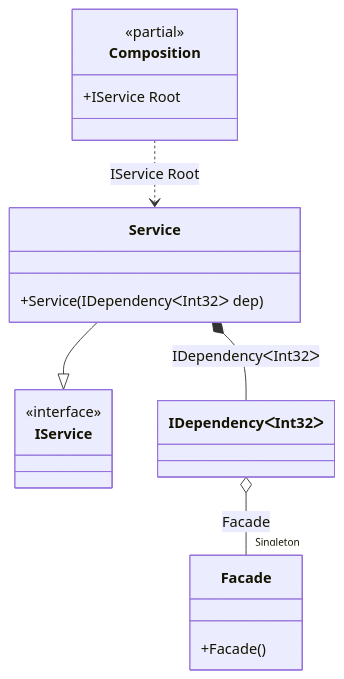
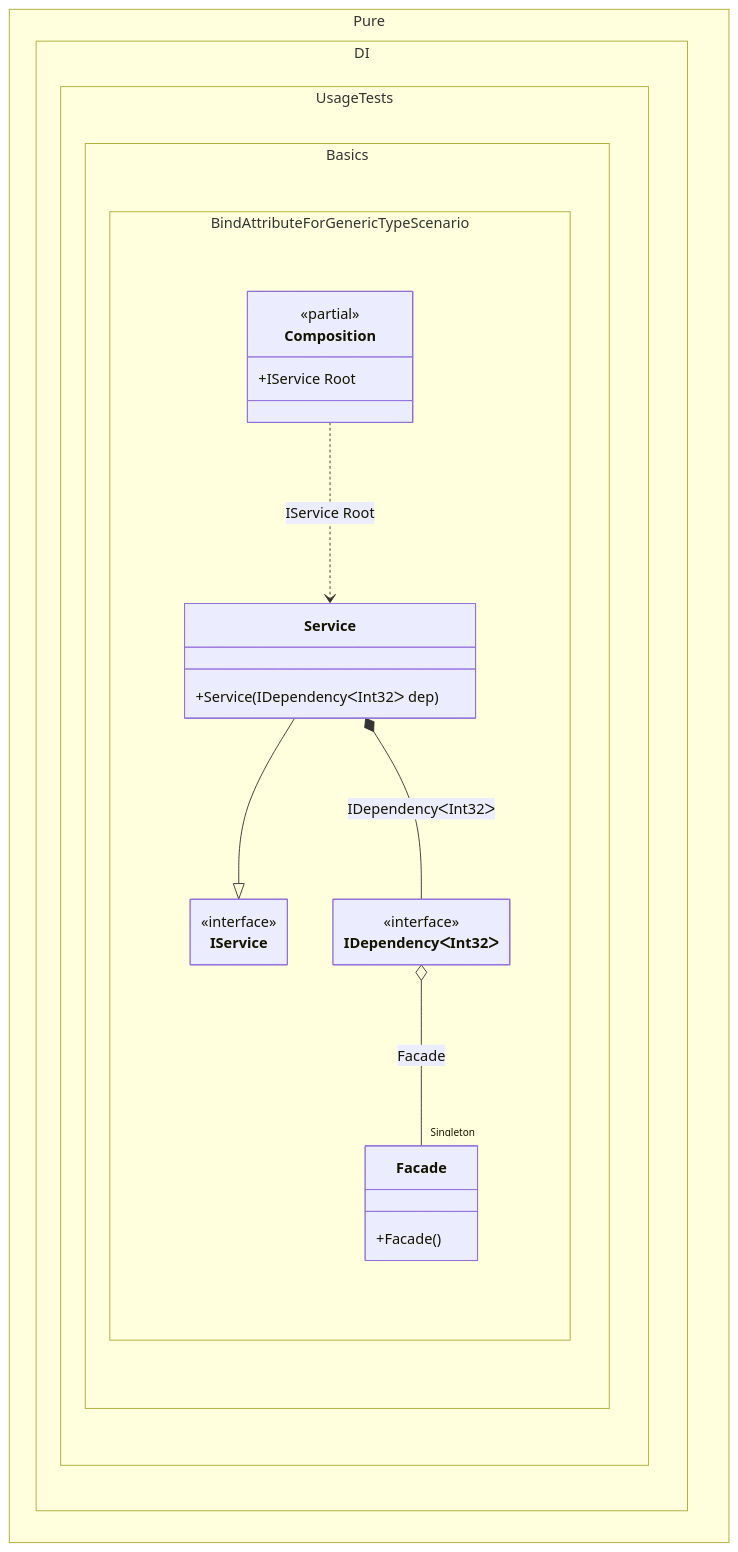
One commit to DevTeam/Pure.DI changed the diagram in readme/bind-attribute-for-a-generic-type.md. Above: the diagram before and after it, drawn with Mermaid. The commit also changed 103 other files, not shown here.

Commit message:
Improved class diagrams

````diff
--- a/readme/bind-attribute-for-a-generic-type.md
+++ b/readme/bind-attribute-for-a-generic-type.md
@@ -97,21 +97,30 @@
 ```mermaid
+---
+ config:
+  class:
+   hideEmptyMembersBox: true
+---
 classDiagram
-	class Composition {
-		<<partial>>
-		+IService Root
-	}
 	Service --|> IService
-	class Service {
-		+Service(IDependencyᐸInt32ᐳ dep)
-	}
-	class IDependencyᐸInt32ᐳ
-	class Facade {
-		+Facade()
-	}
-	class IService {
-		<<interface>>
-	}
 	Composition ..> Service : IService Root
 	Service *--  IDependencyᐸInt32ᐳ : IDependencyᐸInt32ᐳ
 	IDependencyᐸInt32ᐳ o-- "Singleton" Facade : Facade
+	namespace Pure.DI.UsageTests.Basics.BindAttributeForGenericTypeScenario {
+		class Composition {
+		<<partial>>
+		+IService Root
+		}
+		class Facade {
+			+Facade()
+		}
+		class IDependencyᐸInt32ᐳ {
+				<<interface>>
+		}
+		class IService {
+			<<interface>>
+		}
+		class Service {
+			+Service(IDependencyᐸInt32ᐳ dep)
+		}
+	}
 ```
````
